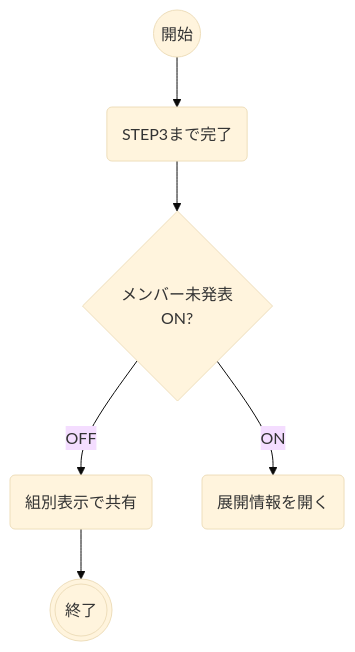
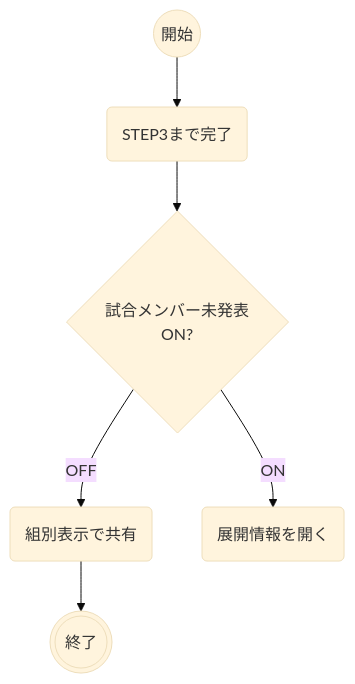
One commit to tcb15-admin/tcb-tools changed the fifth of 16 diagrams in boys15/docs/TCB-MAN-001_道具割り振りツール_操作マニュアル_v1.5.md. Above: the diagram before and after it, drawn with Mermaid (base theme). The commit also changed other lines of this file and 25 other files, not shown here.

````diff
--- a/boys15/docs/TCB-MAN-001_道具割り振りツール_操作マニュアル_v1.5.md
+++ b/boys15/docs/TCB-MAN-001_道具割り振りツール_操作マニュアル_v1.5.md
@@ -195,8 +198,8 @@
 ```mermaid
 flowchart TD
     S((開始)) --> P3(STEP3まで完了)
-    P3 --> MU{メンバー未発表<br/>ON?}
+    P3 --> MU{試合メンバー未発表<br/>ON?}
     MU -->|OFF| N(組別表示で共有)
     N --> E(((終了)))
     MU -->|ON| OP(展開情報を開く)
 ```
````
